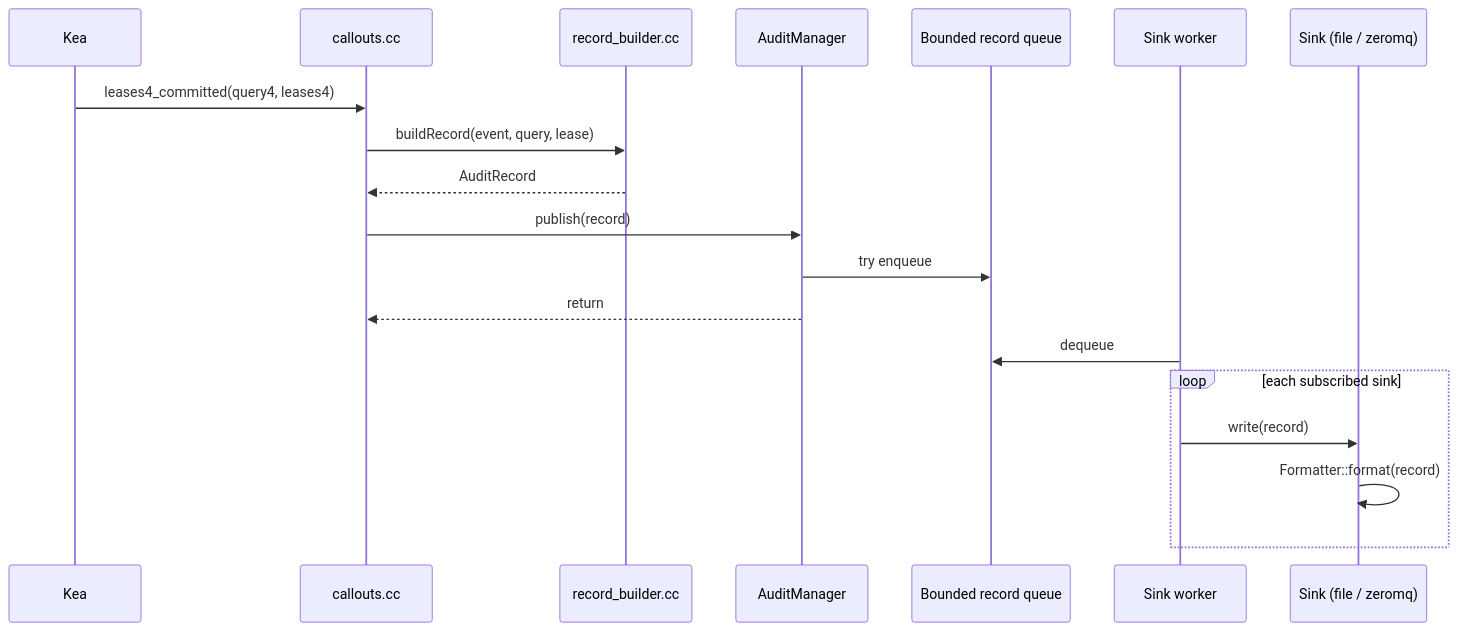
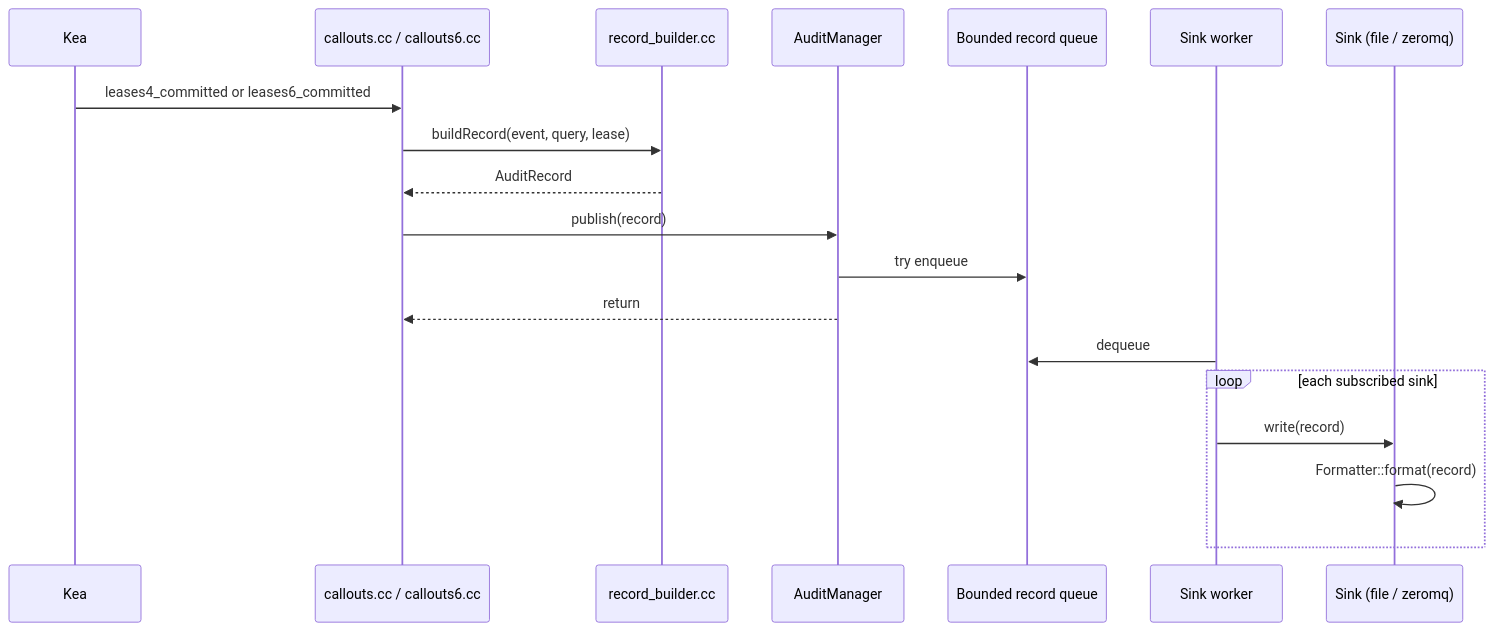
One commit to solvationab/KeaLogHook changed the first of 2 diagrams in docs/architecture.md. Above: the diagram before and after it, drawn with Mermaid. The commit also changed other lines of this file and 12 other files, not shown here.

````diff
--- a/docs/architecture.md
+++ b/docs/architecture.md
@@ -9,22 +9,22 @@
 ```mermaid
 sequenceDiagram
     participant Kea
-    participant Callout as callouts.cc
+    participant Callout as callouts.cc / callouts6.cc
     participant Builder as record_builder.cc
     participant Mgr as AuditManager
     participant Queue as Bounded record queue
     participant Worker as Sink worker
     participant Sink as Sink (file / zeromq)
 
-    Kea->>Callout: leases4_committed(query4, leases4)
+  Kea->>Callout: leases4_committed or leases6_committed
     Callout->>Builder: buildRecord(event, query, lease)
     Builder-->>Callout: AuditRecord
     Callout->>Mgr: publish(record)
     Mgr->>Queue: try enqueue
     Mgr-->>Callout: return
     Worker->>Queue: dequeue
     loop each subscribed sink
       Worker->>Sink: write(record)
         Sink->>Sink: Formatter::format(record)
     end
 ```
````
